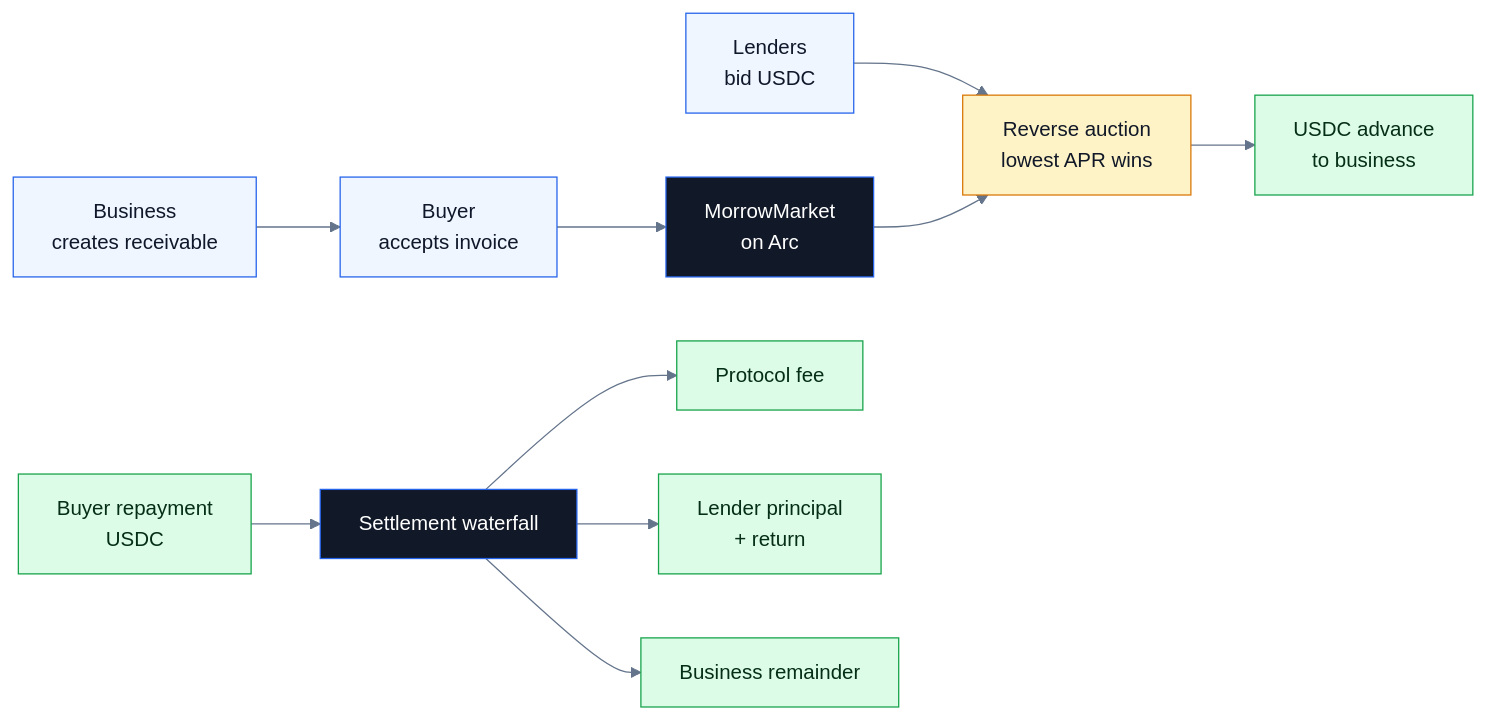
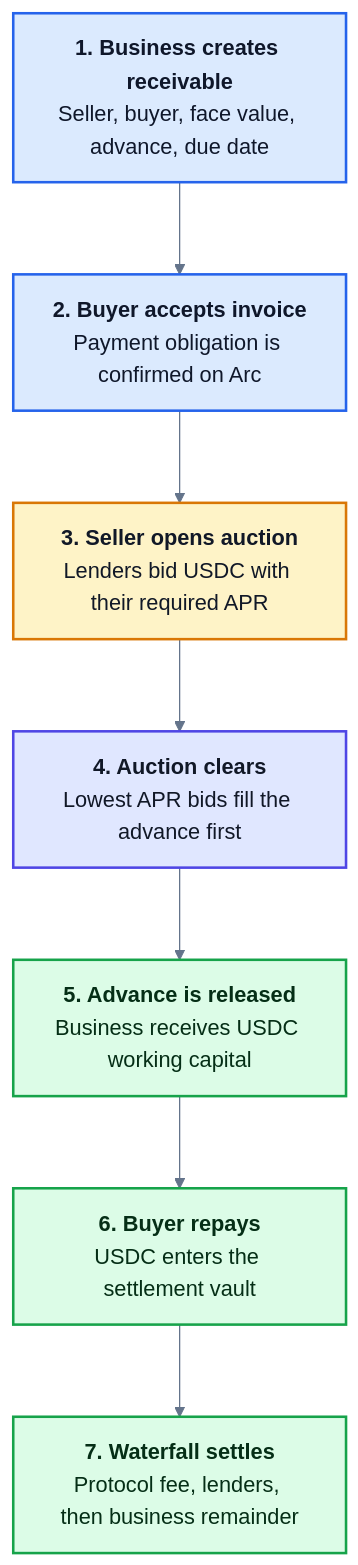
One commit to NikhilRaikwar/Morrow changed the first of 2 diagrams in README.md. Above: the diagram before and after it, drawn with Mermaid. The commit also changed other lines of this file and 3 other files, not shown here.

Commit message:
docs: improve diagrams and search coverage

````diff
--- a/README.md
+++ b/README.md
@@ -43,18 +45,18 @@
 ```mermaid
-%%{init: {"theme":"base","themeVariables":{"fontFamily":"Inter, Arial","primaryColor":"#eff6ff","primaryTextColor":"#0f172a","primaryBorderColor":"#2563eb","secondaryColor":"#dcfce7","tertiaryColor":"#fef3c7","lineColor":"#64748b"}}}%%
-flowchart LR
-  business["Business<br/>creates receivable"]:::actor --> buyer["Buyer<br/>accepts invoice"]:::actor
-  buyer --> market["MorrowMarket<br/>on Arc"]:::contract
-  lenders["Lenders<br/>bid USDC"]:::actor --> auction["Reverse auction<br/>lowest APR wins"]:::auction
-  market --> auction
-  auction --> advance["USDC advance<br/>to business"]:::money
-  buyerPay["Buyer repayment<br/>USDC"]:::money --> waterfall["Settlement waterfall"]:::contract
-  waterfall --> fee["Protocol fee"]:::money
-  waterfall --> lenderClaims["Lender principal<br/>+ return"]:::money
-  waterfall --> remainder["Business remainder"]:::money
+%%{init: {"theme":"base","flowchart":{"htmlLabels":true,"nodeSpacing":70,"rankSpacing":72},"themeVariables":{"fontFamily":"Inter, Arial","fontSize":"17px","primaryTextColor":"#0f172a","lineColor":"#64748b"}}}%%
+flowchart TD
+  A["<b>1. Business creates receivable</b><br/>Seller, buyer, face value, advance, due date"]:::blue
+  B["<b>2. Buyer accepts invoice</b><br/>Payment obligation is confirmed on Arc"]:::blue
+  C["<b>3. Seller opens auction</b><br/>Lenders bid USDC with their required APR"]:::yellow
+  D["<b>4. Auction clears</b><br/>Lowest APR bids fill the advance first"]:::purple
+  E["<b>5. Advance is released</b><br/>Business receives USDC working capital"]:::green
+  F["<b>6. Buyer repays</b><br/>USDC enters the settlement vault"]:::green
+  G["<b>7. Waterfall settles</b><br/>Protocol fee, lenders, then business remainder"]:::green
 
-  classDef actor fill:#eff6ff,stroke:#2563eb,color:#0f172a;
-  classDef contract fill:#111827,stroke:#2563eb,color:#ffffff;
-  classDef auction fill:#fef3c7,stroke:#d97706,color:#111827;
-  classDef money fill:#dcfce7,stroke:#16a34a,color:#052e16;
+  A --> B --> C --> D --> E --> F --> G
+
+  classDef blue fill:#dbeafe,stroke:#2563eb,color:#0f172a,stroke-width:2px;
+  classDef yellow fill:#fef3c7,stroke:#d97706,color:#111827,stroke-width:2px;
+  classDef purple fill:#e0e7ff,stroke:#4f46e5,color:#111827,stroke-width:2px;
+  classDef green fill:#dcfce7,stroke:#16a34a,color:#052e16,stroke-width:2px;
 ```
````
